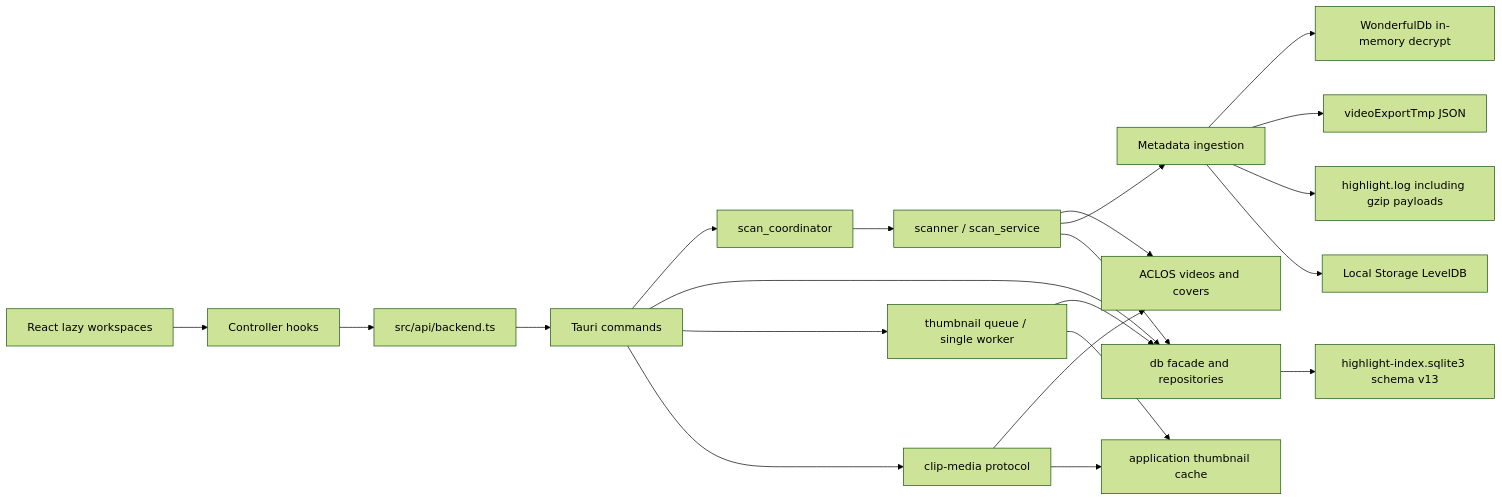
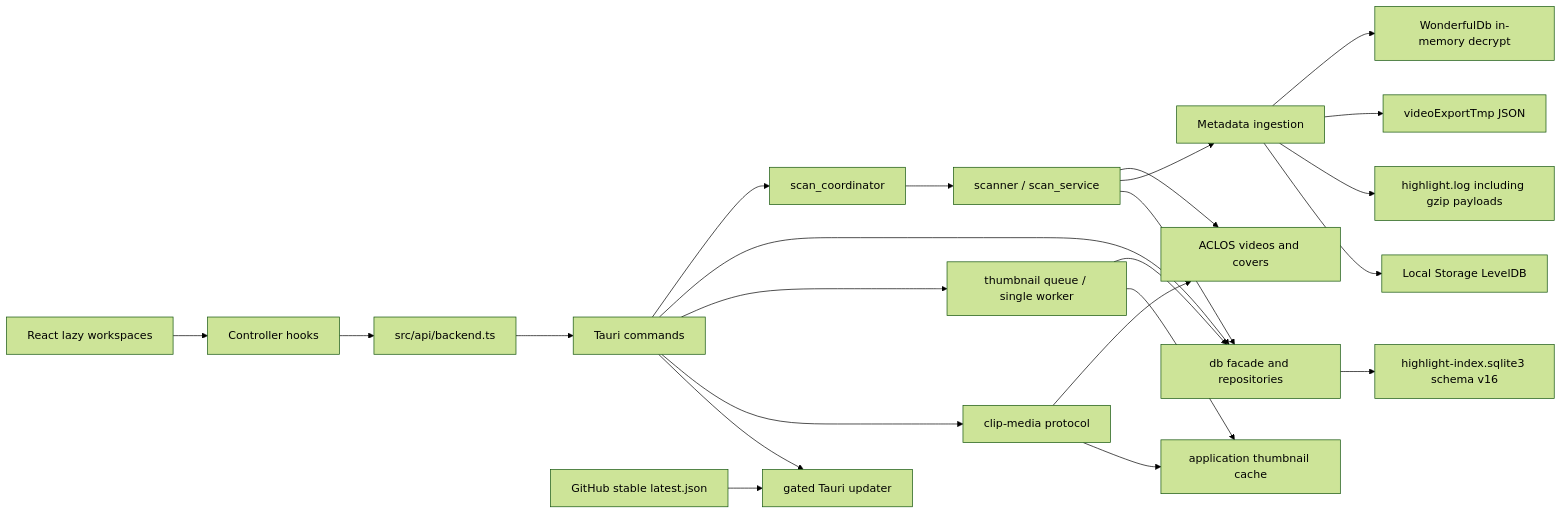
Before and after one commit to 2424521842/valoframe: the diagram in docs/ARCHITECTURE.md, drawn with Mermaid (forest theme). The commit also changed other lines of this file and 147 other files, not shown here.

````diff
--- a/docs/ARCHITECTURE.md
+++ b/docs/ARCHITECTURE.md
@@ -9,25 +9,27 @@
 ```mermaid
 flowchart LR
   UI["React lazy workspaces"] --> Hooks["Controller hooks"]
   Hooks --> API["src/api/backend.ts"]
   API --> Commands["Tauri commands"]
 
   Commands --> Coordinator["scan_coordinator"]
   Coordinator --> Scanner["scanner / scan_service"]
   Scanner --> Files["ACLOS videos and covers"]
   Scanner --> Metadata["Metadata ingestion"]
   Metadata --> Wonderful["WonderfulDb in-memory decrypt"]
   Metadata --> Export["videoExportTmp JSON"]
   Metadata --> Logs["highlight.log including gzip payloads"]
   Metadata --> LevelDB["Local Storage LevelDB"]
 
   Commands --> DB["db facade and repositories"]
   Scanner --> DB
-  DB --> SQLite["highlight-index.sqlite3 schema v13"]
+  DB --> SQLite["highlight-index.sqlite3 schema v16"]
   Commands --> Thumbnails["thumbnail queue / single worker"]
   Thumbnails --> DB
   Thumbnails --> Cache["application thumbnail cache"]
   Commands --> Media["clip-media protocol"]
   Media --> Files
   Media --> Cache
+  Commands --> Updater["gated Tauri updater"]
+  Stable["GitHub stable latest.json"] --> Updater
 ```
````
